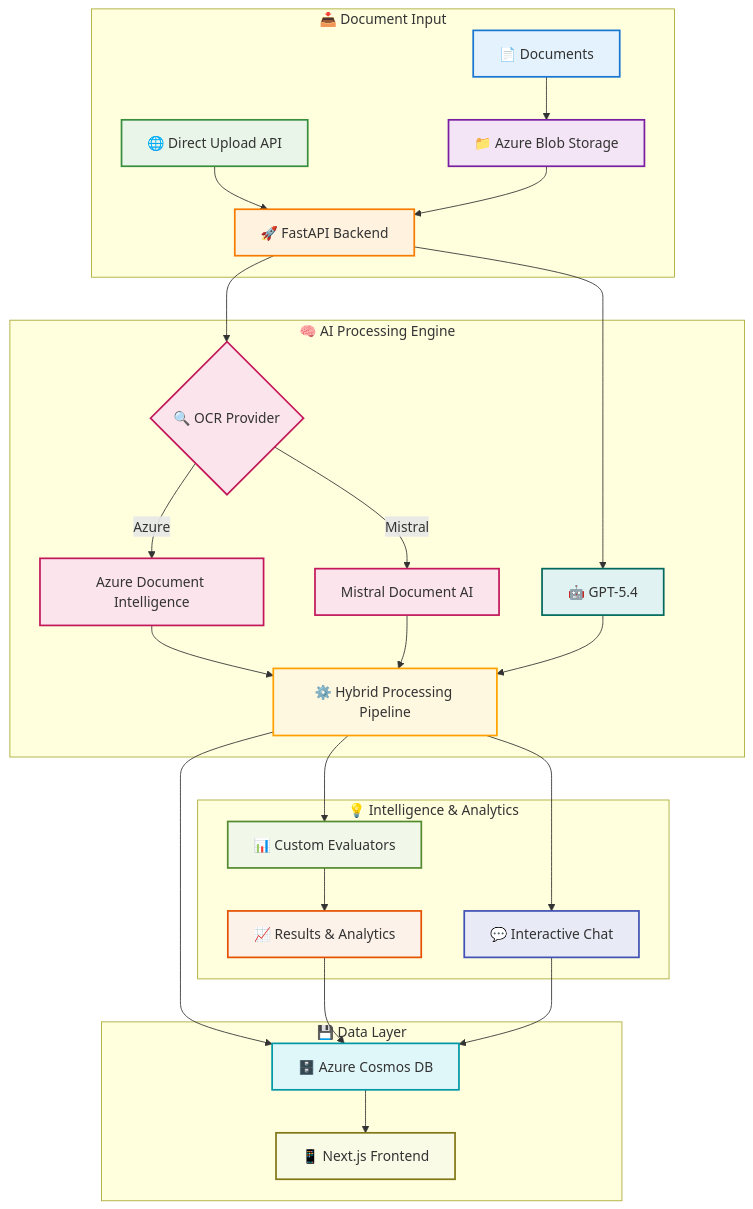
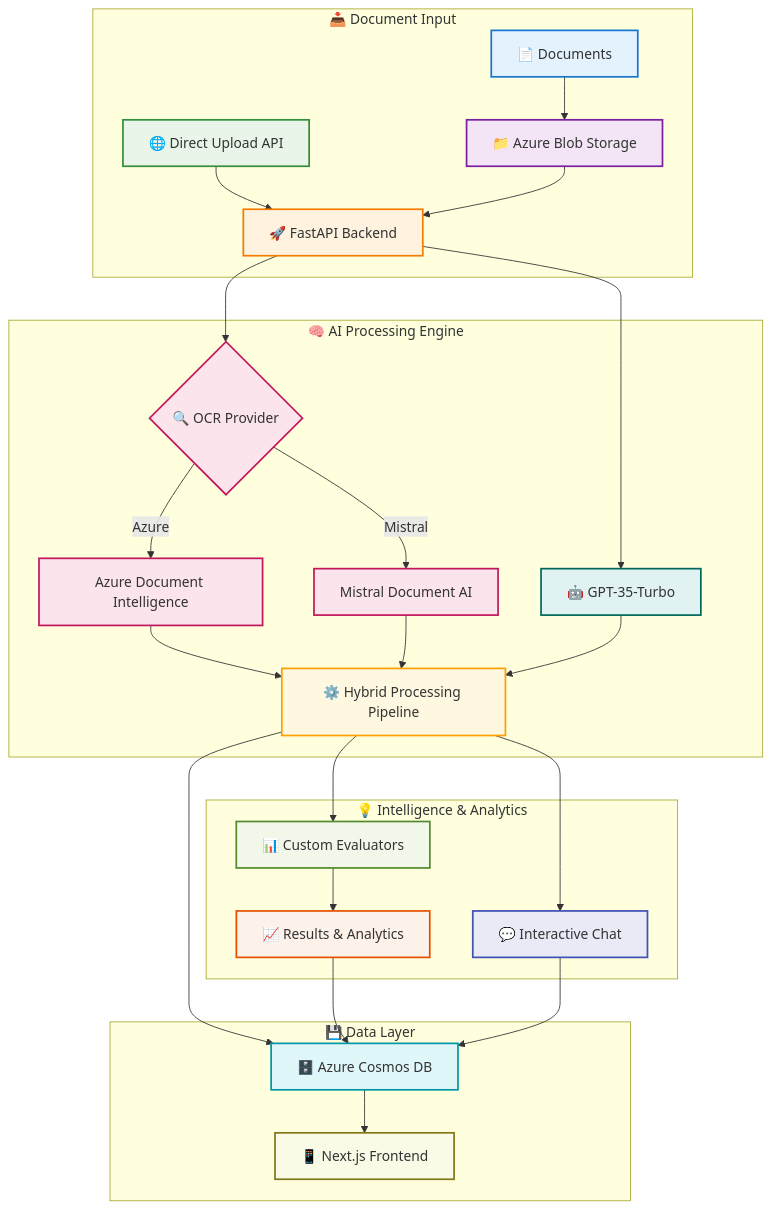
The diagram in README.md (ChristopheLux/ARGUS), drawn with Mermaid before and after one commit. The commit also changed other lines of this file and 2 other files, not shown here.

Commit message:
Switch default Azure OpenAI model to gpt-35-turbo and document model selection in README

````diff
--- a/README.md
+++ b/README.md
@@ -78,46 +78,46 @@
 ```mermaid
 graph TB
     subgraph "📥 Document Input"
         A[📄 Documents] --> B[📁 Azure Blob Storage]
         C[🌐 Direct Upload API] --> D[🚀 FastAPI Backend]
     end
     
     subgraph "🧠 AI Processing Engine"
         B --> D
         D --> E{🔍 OCR Provider}
         E -->|Azure| E1[Azure Document Intelligence]
         E -->|Mistral| E2[Mistral Document AI]
-        D --> F[🤖 GPT-5.4]
+        D --> F[🤖 GPT-35-Turbo]
         E1 --> G[⚙️ Hybrid Processing Pipeline]
         E2 --> G
         F --> G
     end
     
     subgraph "💡 Intelligence & Analytics"
         G --> H[📊 Custom Evaluators]
         G --> I[💬 Interactive Chat]
         H --> J[📈 Results & Analytics]
     end
     
     subgraph "💾 Data Layer"
         G --> K[🗄️ Azure Cosmos DB]
         J --> K
         I --> K
         K --> L[📱 Next.js Frontend]
     end
     
     style A fill:#e3f2fd,stroke:#1976d2,stroke-width:2px
     style B fill:#f3e5f5,stroke:#7b1fa2,stroke-width:2px
     style C fill:#e8f5e8,stroke:#388e3c,stroke-width:2px
     style D fill:#fff3e0,stroke:#f57c00,stroke-width:2px
     style E fill:#fce4ec,stroke:#c2185b,stroke-width:2px
     style E1 fill:#fce4ec,stroke:#c2185b,stroke-width:2px
     style E2 fill:#fce4ec,stroke:#c2185b,stroke-width:2px
     style F fill:#e0f2f1,stroke:#00695c,stroke-width:2px
     style G fill:#fff8e1,stroke:#ffa000,stroke-width:2px
     style H fill:#f1f8e9,stroke:#558b2f,stroke-width:2px
     style I fill:#e8eaf6,stroke:#3f51b5,stroke-width:2px
     style J fill:#fdf2e9,stroke:#e65100,stroke-width:2px
     style K fill:#e0f7fa,stroke:#0097a7,stroke-width:2px
     style L fill:#f9fbe7,stroke:#827717,stroke-width:2px
 ```
````
